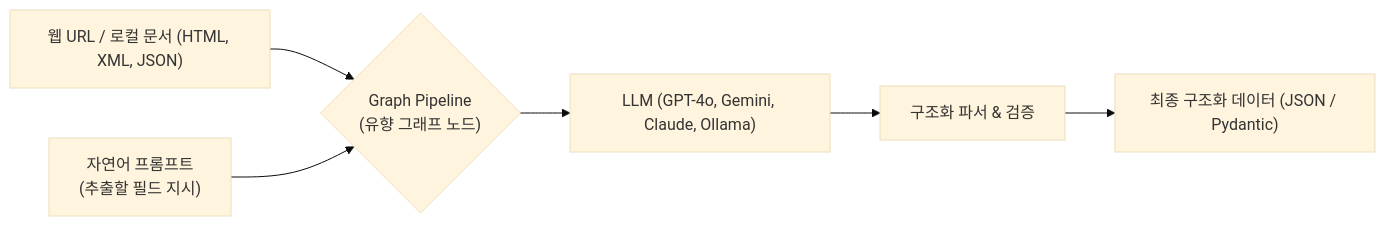
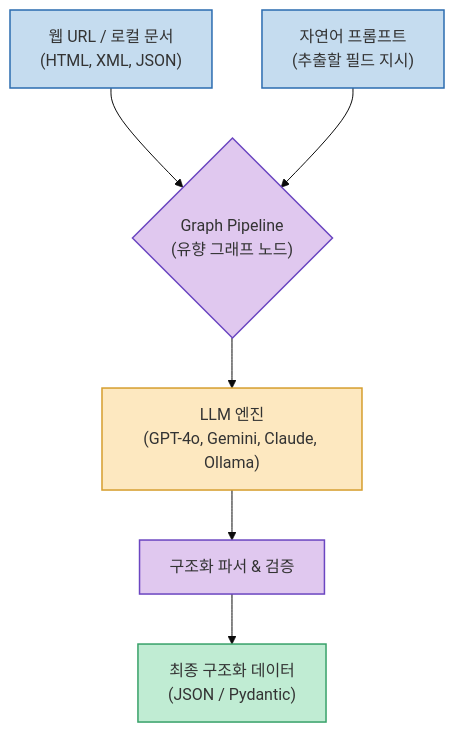
One commit to gyuha/gyuha.github.io changed the diagram in content/post/2026/08/2026-08-19-scrapegraphai-python-ai-web-scraping.md. Above: the diagram before and after it, drawn with Mermaid (base theme). The commit also changed 937 other files, not shown here.

````diff
--- a/content/post/2026/08/2026-08-19-scrapegraphai-python-ai-web-scraping.md
+++ b/content/post/2026/08/2026-08-19-scrapegraphai-python-ai-web-scraping.md
@@ -42,8 +42,18 @@
 ```mermaid
-flowchart LR
-    Input["웹 URL / 로컬 문서 (HTML, XML, JSON)"] --> Graph{"Graph Pipeline\n(유향 그래프 노드)"}
-    Prompt["자연어 프롬프트\n(추출할 필드 지시)"] --> Graph
-    Graph --> LLM["LLM (GPT-4o, Gemini, Claude, Ollama)"]
+flowchart TD
+    classDef inputNode fill:#c5dcef,stroke:#2b6cb0,stroke-width:1.5px,color:#333;
+    classDef graphNode fill:#e0c8ef,stroke:#6b46c1,stroke-width:1.5px,color:#333;
+    classDef llmNode fill:#fde8c0,stroke:#d69e2e,stroke-width:1.5px,color:#333;
+    classDef outNode fill:#c0ecd3,stroke:#38a169,stroke-width:1.5px,color:#333;
+
+    Input["웹 URL / 로컬 문서<br>(HTML, XML, JSON)"] --> Graph{"Graph Pipeline<br>(유향 그래프 노드)"}
+    Prompt["자연어 프롬프트<br>(추출할 필드 지시)"] --> Graph
+    Graph --> LLM["LLM 엔진<br>(GPT-4o, Gemini, Claude, Ollama)"]
     LLM --> Parse["구조화 파서 & 검증"]
-    Parse --> Output["최종 구조화 데이터 (JSON / Pydantic)"]
+    Parse --> Output["최종 구조화 데이터<br>(JSON / Pydantic)"]
+
+    class Input,Prompt inputNode;
+    class Graph,Parse graphNode;
+    class LLM llmNode;
+    class Output outNode;
 ```
````
